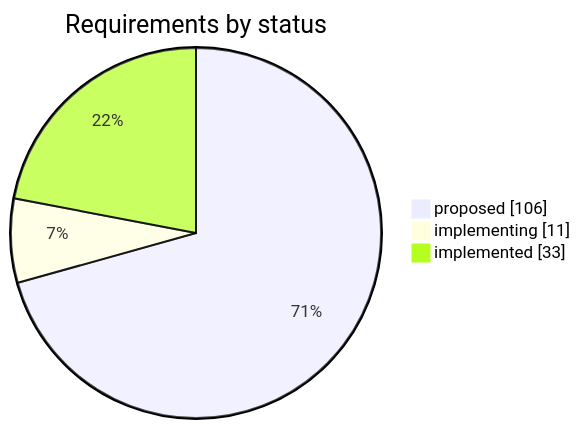
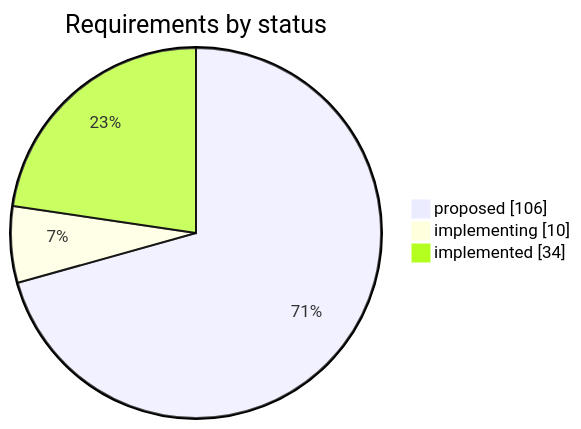
Before and after one commit to iammaxsu/automatic-testing-architecture: the first of 2 diagrams in STATUS.md, drawn with Mermaid. The commit also changed other lines of this file and 7 other files, not shown here.

````diff
--- a/STATUS.md
+++ b/STATUS.md
@@ -25,6 +25,6 @@
 ```mermaid
 pie showData title Requirements by status
     "proposed" : 106
-    "implementing" : 11
-    "implemented" : 33
+    "implementing" : 10
+    "implemented" : 34
 ```
````
